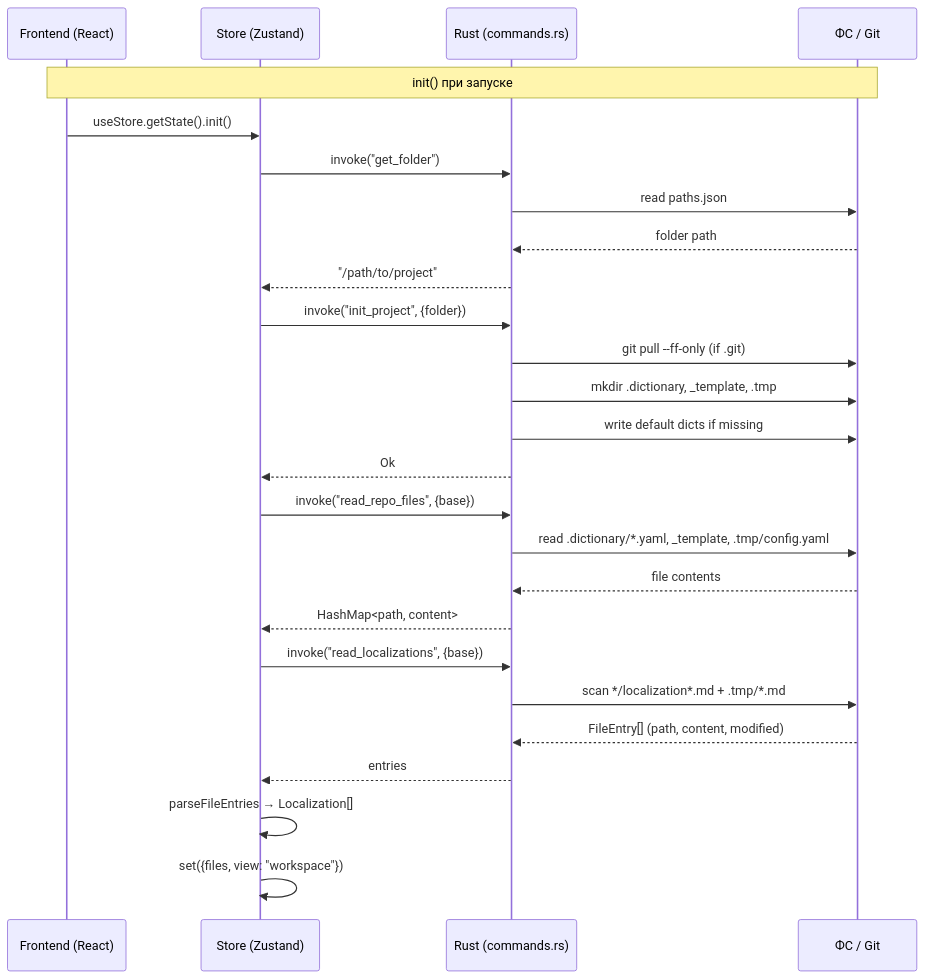
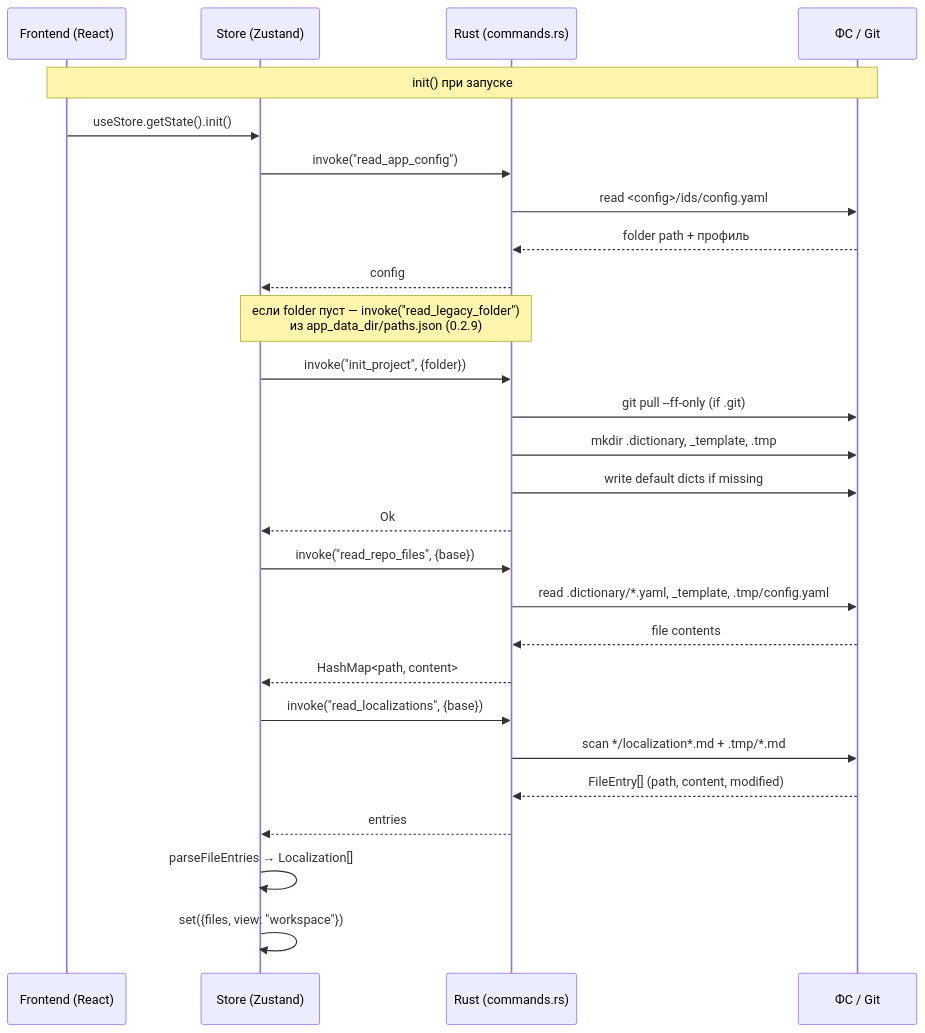
The sixth of 16 diagrams in ARCHITECTURE.md (artamonovav/ids), drawn with Mermaid before and after one commit. The commit also changed other lines of this file and 11 other files, not shown here.

First line of the commit message:
feat(config): путь проекта в config.yaml, мастер при пустом пути, сброс и расширенная палитра

````diff
--- a/ARCHITECTURE.md
+++ b/ARCHITECTURE.md
@@ -361,29 +367,30 @@
 ```mermaid
 sequenceDiagram
     participant F as Frontend (React)
     participant S as Store (Zustand)
     participant R as Rust (commands.rs)
     participant FS as ФС / Git
 
     Note over F,FS: init() при запуске
     F->>S: useStore.getState().init()
-    S->>R: invoke("get_folder")
-    R->>FS: read paths.json
-    FS-->>R: folder path
-    R-->>S: "/path/to/project"
+    S->>R: invoke("read_app_config")
+    R->>FS: read <config>/ids/config.yaml
+    FS-->>R: folder path + профиль
+    R-->>S: config
+    Note over S,R: если folder пуст — invoke("read_legacy_folder")<br/>из app_data_dir/paths.json (0.2.9)
     S->>R: invoke("init_project", {folder})
     R->>FS: git pull --ff-only (if .git)
     R->>FS: mkdir .dictionary, _template, .tmp
     R->>FS: write default dicts if missing
     R-->>S: Ok
     S->>R: invoke("read_repo_files", {base})
     R->>FS: read .dictionary/*.yaml, _template, .tmp/config.yaml
     FS-->>R: file contents
     R-->>S: HashMap<path, content>
     S->>R: invoke("read_localizations", {base})
     R->>FS: scan */localization*.md + .tmp/*.md
     FS-->>R: FileEntry[] (path, content, modified)
     R-->>S: entries
     S->>S: parseFileEntries → Localization[]
     S->>S: set({files, view: "workspace"})
 ```
````
